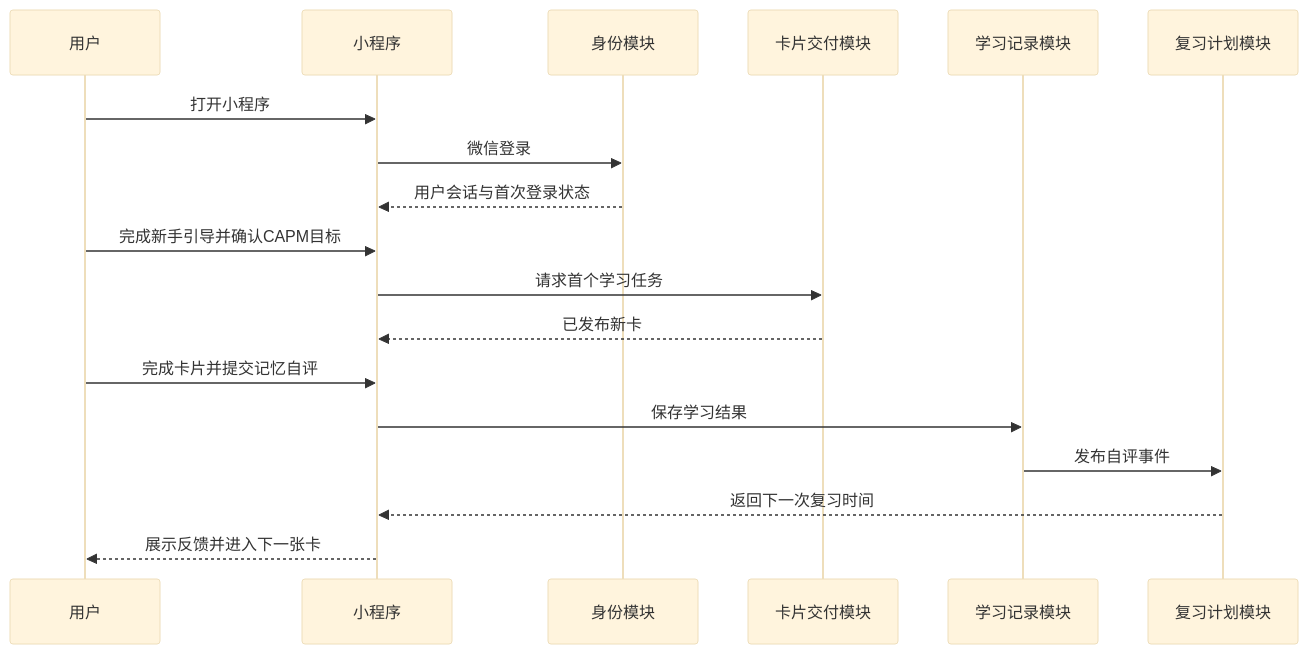
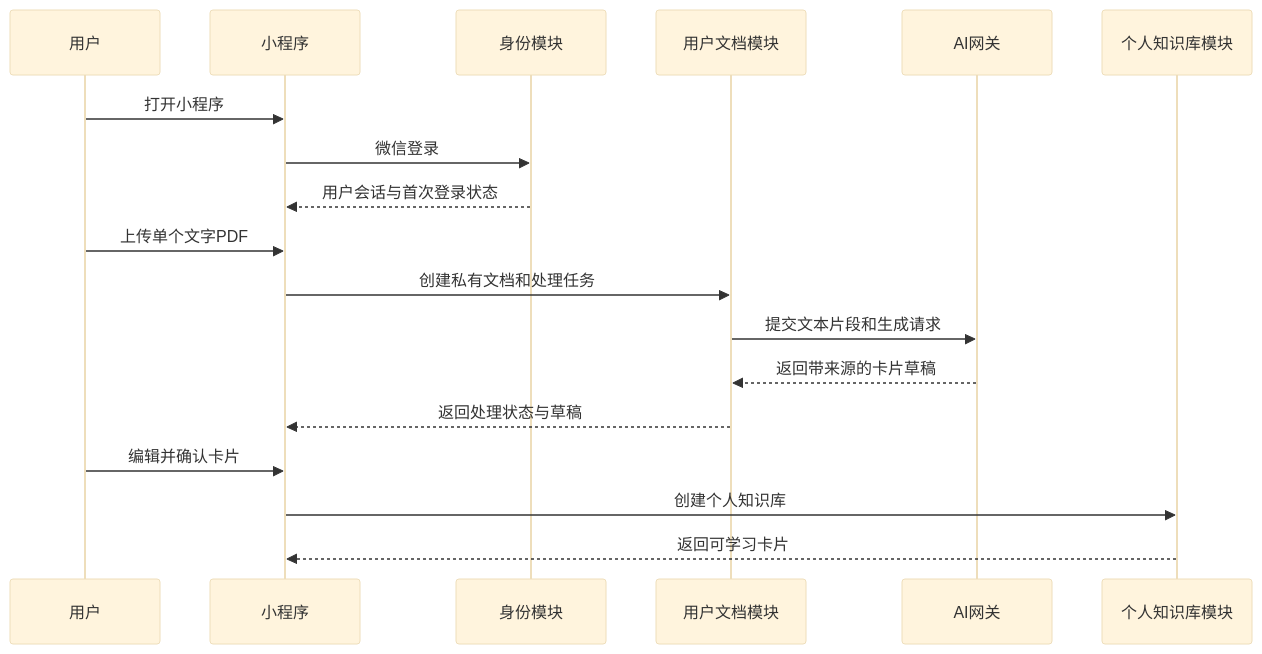
One commit to Anchor-anke/KnowledgeCard changed the second of 6 diagrams in docs/module-design.md. Above: the diagram before and after it, drawn with Mermaid (base theme). The commit also changed other lines of this file and 34 other files, not shown here.

````diff
--- a/docs/module-design.md
+++ b/docs/module-design.md
@@ -577,21 +672,21 @@
 ```mermaid
 sequenceDiagram
   participant User as 用户
   participant Mini as 小程序
   participant Auth as 身份模块
-  participant Learn as 卡片交付模块
-  participant Record as 学习记录模块
-  participant Review as 复习计划模块
+  participant Document as 用户文档模块
+  participant AI as AI网关
+  participant Deck as 个人知识库模块
 
   User->>Mini: 打开小程序
   Mini->>Auth: 微信登录
   Auth-->>Mini: 用户会话与首次登录状态
-  User->>Mini: 完成新手引导并确认CAPM目标
-  Mini->>Learn: 请求首个学习任务
-  Learn-->>Mini: 已发布新卡
-  User->>Mini: 完成卡片并提交记忆自评
-  Mini->>Record: 保存学习结果
-  Record->>Review: 发布自评事件
-  Review-->>Mini: 返回下一次复习时间
-  Mini-->>User: 展示反馈并进入下一张卡
+  User->>Mini: 上传单个文字PDF
+  Mini->>Document: 创建私有文档和处理任务
+  Document->>AI: 提交文本片段和生成请求
+  AI-->>Document: 返回带来源的卡片草稿
+  Document-->>Mini: 返回处理状态与草稿
+  User->>Mini: 编辑并确认卡片
+  Mini->>Deck: 创建个人知识库
+  Deck-->>Mini: 返回可学习卡片
 ```
````
